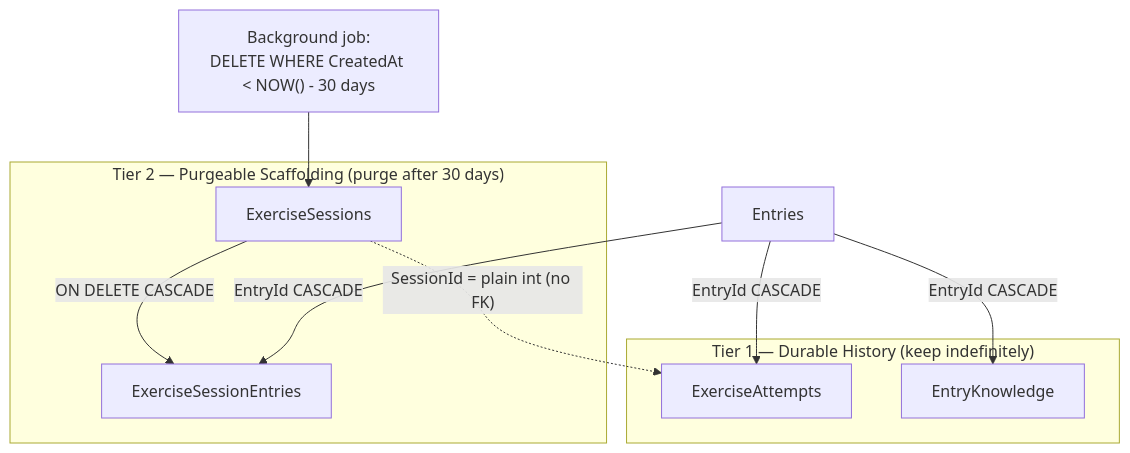
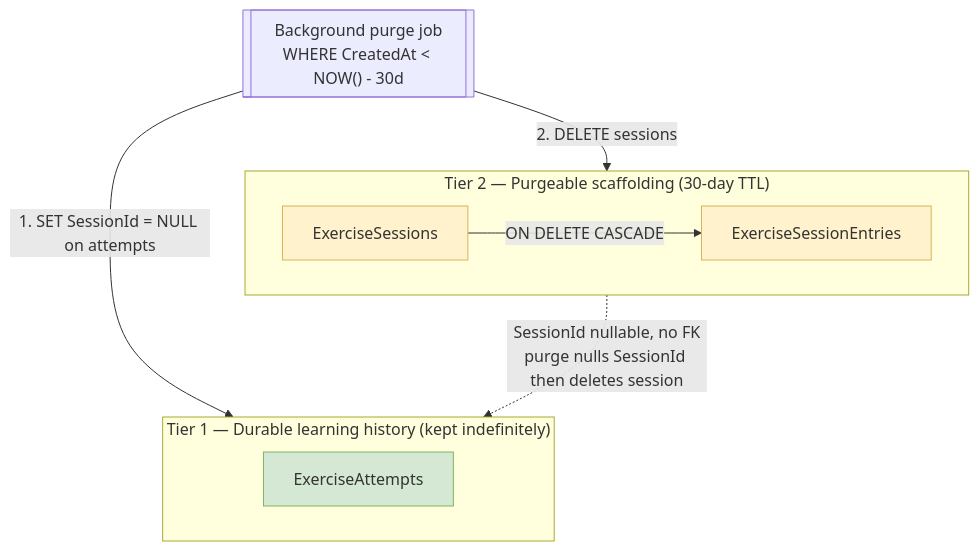
One commit to kgorbenko/wordfolio changed the second of 9 diagrams in docs/exercises/diagrams.md. Above: the diagram before and after it, drawn with Mermaid. The commit also changed other lines of this file and 6 other files, not shown here.

First line of the commit message:
docs: update exercise design with server-side evaluation and revised schema

````diff
--- a/docs/exercises/diagrams.md
+++ b/docs/exercises/diagrams.md
@@ -66,22 +68,25 @@
 ```mermaid
-graph TD
-    subgraph Tier1["Tier 1 — Durable History (keep indefinitely)"]
-        EA[ExerciseAttempts]
-        EK[EntryKnowledge]
+flowchart TB
+    subgraph Tier2["Tier 2 — Purgeable scaffolding (30-day TTL)"]
+        direction LR
+        Sessions[ExerciseSessions]
+        SessionEntries[ExerciseSessionEntries]
+        Sessions -->|ON DELETE CASCADE| SessionEntries
     end
 
-    subgraph Tier2["Tier 2 — Purgeable Scaffolding (purge after 30 days)"]
-        ES[ExerciseSessions]
-        ESE[ExerciseSessionEntries]
+    subgraph Tier1["Tier 1 — Durable learning history (kept indefinitely)"]
+        direction LR
+        Attempts[ExerciseAttempts]
     end
 
-    Entries[Entries]
+    PurgeJob[["Background purge job<br/>WHERE CreatedAt &lt; NOW() - 30d"]]
+    PurgeJob -->|"1. SET SessionId = NULL on attempts"| Attempts
+    PurgeJob -->|"2. DELETE sessions"| Sessions
 
-    ES -- "ON DELETE CASCADE" --> ESE
-    ES -. "SessionId = plain int (no FK)" .-> EA
-    Entries -- "EntryId CASCADE" --> ESE
-    Entries -- "EntryId CASCADE" --> EA
-    Entries -- "EntryId CASCADE" --> EK
+    Sessions -. "SessionId nullable, no FK<br/>purge nulls SessionId then deletes session" .-> Attempts
 
-    Purge["Background job:\nDELETE WHERE CreatedAt < NOW() - 30 days"] --> ES
+    classDef tier2 fill:#fff2cc,stroke:#d6b656
+    classDef tier1 fill:#d5e8d4,stroke:#82b366
+    class Sessions,SessionEntries tier2
+    class Attempts tier1
 ```
````
